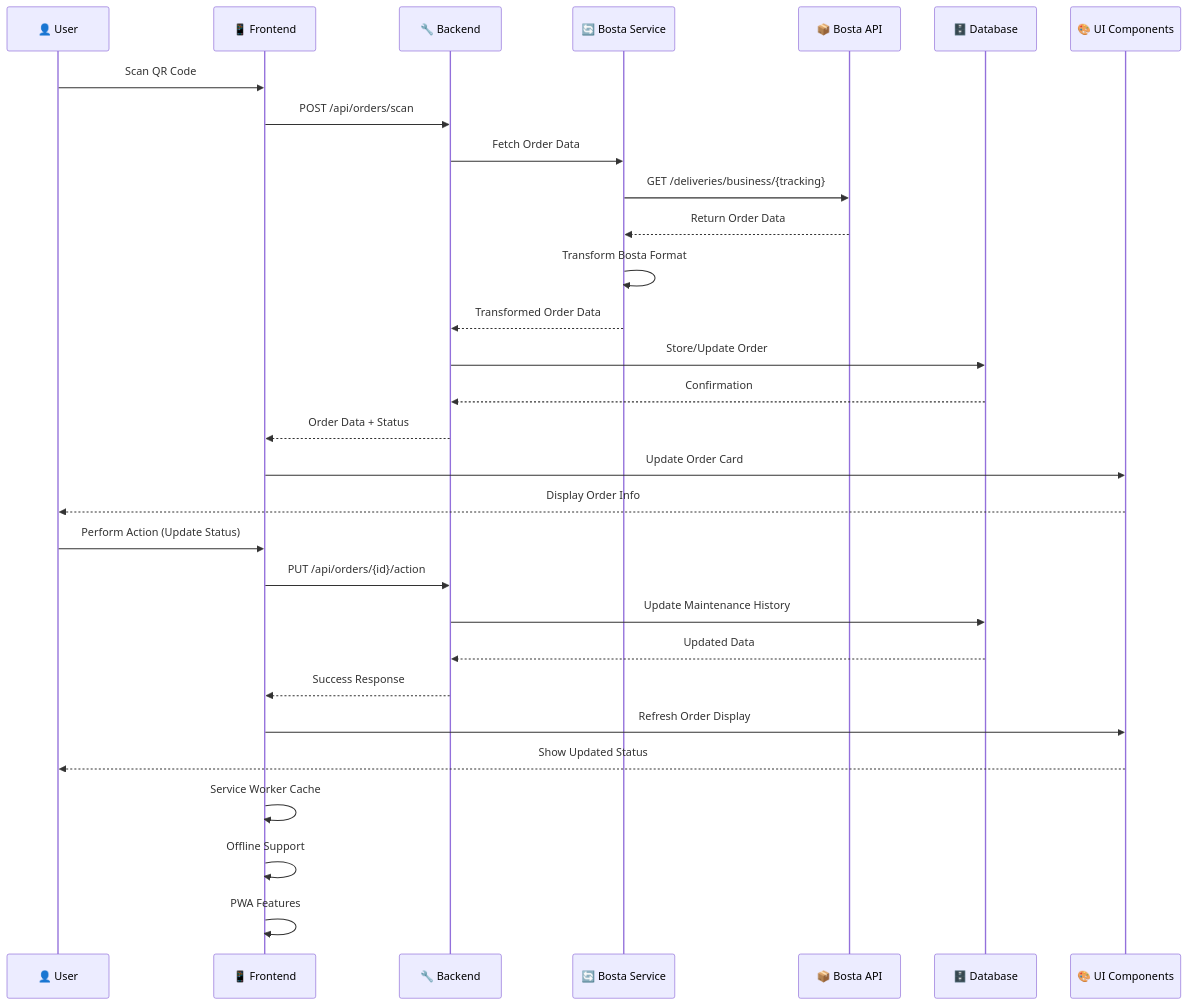
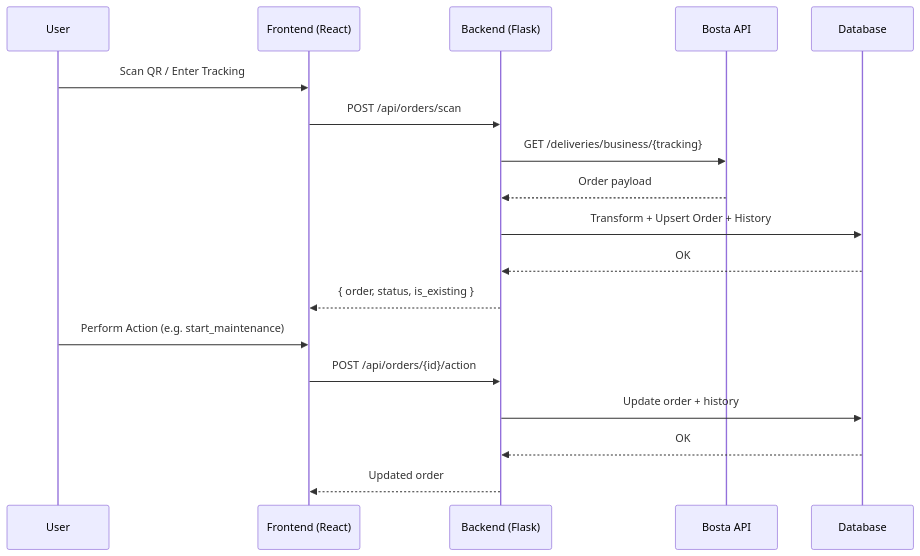
One commit to kariemSeiam/Hvar-Hub changed the first of 2 diagrams in README.md. Above: the diagram before and after it, drawn with Mermaid. The commit also changed other lines of this file and 16 other files, not shown here.

````diff
--- a/README.md
+++ b/README.md
@@ -68,42 +9,21 @@
 ```mermaid
 sequenceDiagram
-    participant U as 👤 User
-    participant F as 📱 Frontend
-    participant B as 🔧 Backend
-    participant BS as 🔄 Bosta Service
-    participant BO as 📦 Bosta API
-    participant DB as 🗄️ Database
-    participant UI as 🎨 UI Components
+    participant U as User
+    participant FE as Frontend (React)
+    participant BE as Backend (Flask)
+    participant BOS as Bosta API
+    participant DB as Database
 
-    %% Initial Scan
-    U->>F: Scan QR Code
-    F->>B: POST /api/orders/scan
-    B->>BS: Fetch Order Data
-    BS->>BO: GET /deliveries/business/{tracking}
-    
-    %% Data Processing
-    BO-->>BS: Return Order Data
-    BS->>BS: Transform Bosta Format
-    BS-->>B: Transformed Order Data
-    B->>DB: Store/Update Order
-    DB-->>B: Confirmation
-    
-    %% Response & UI Update
-    B-->>F: Order Data + Status
-    F->>UI: Update Order Card
-    UI-->>U: Display Order Info
-    
-    %% User Actions
-    U->>F: Perform Action (Update Status)
-    F->>B: PUT /api/orders/{id}/action
-    B->>DB: Update Maintenance History
-    DB-->>B: Updated Data
-    B-->>F: Success Response
-    F->>UI: Refresh Order Display
-    UI-->>U: Show Updated Status
-    
-    %% Real-time Features
-    F->>F: Service Worker Cache
-    F->>F: Offline Support
-    F->>F: PWA Features
+    U->>FE: Scan QR / Enter Tracking
+    FE->>BE: POST /api/orders/scan
+    BE->>BOS: GET /deliveries/business/{tracking}
+    BOS-->>BE: Order payload
+    BE->>DB: Transform + Upsert Order + History
+    DB-->>BE: OK
+    BE-->>FE: { order, status, is_existing }
+    U->>FE: Perform Action (e.g. start_maintenance)
+    FE->>BE: POST /api/orders/{id}/action
+    BE->>DB: Update order + history
+    DB-->>BE: OK
+    BE-->>FE: Updated order
 ```
````
